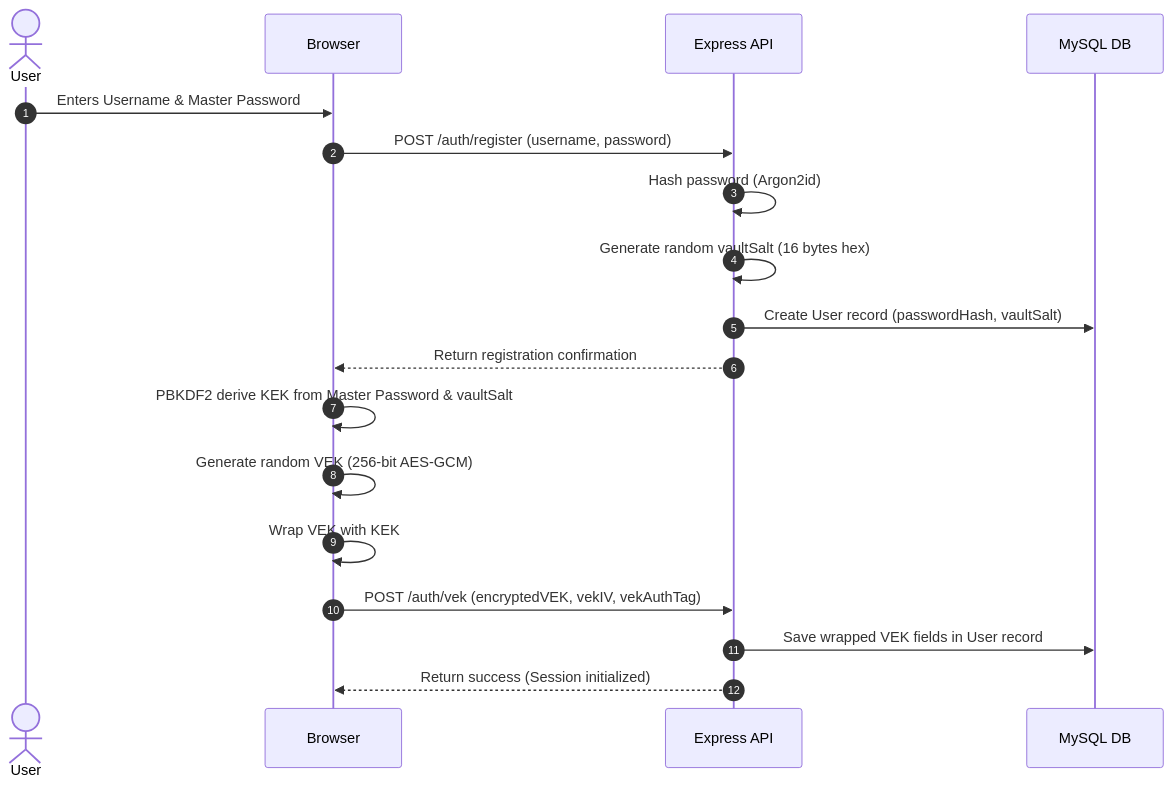
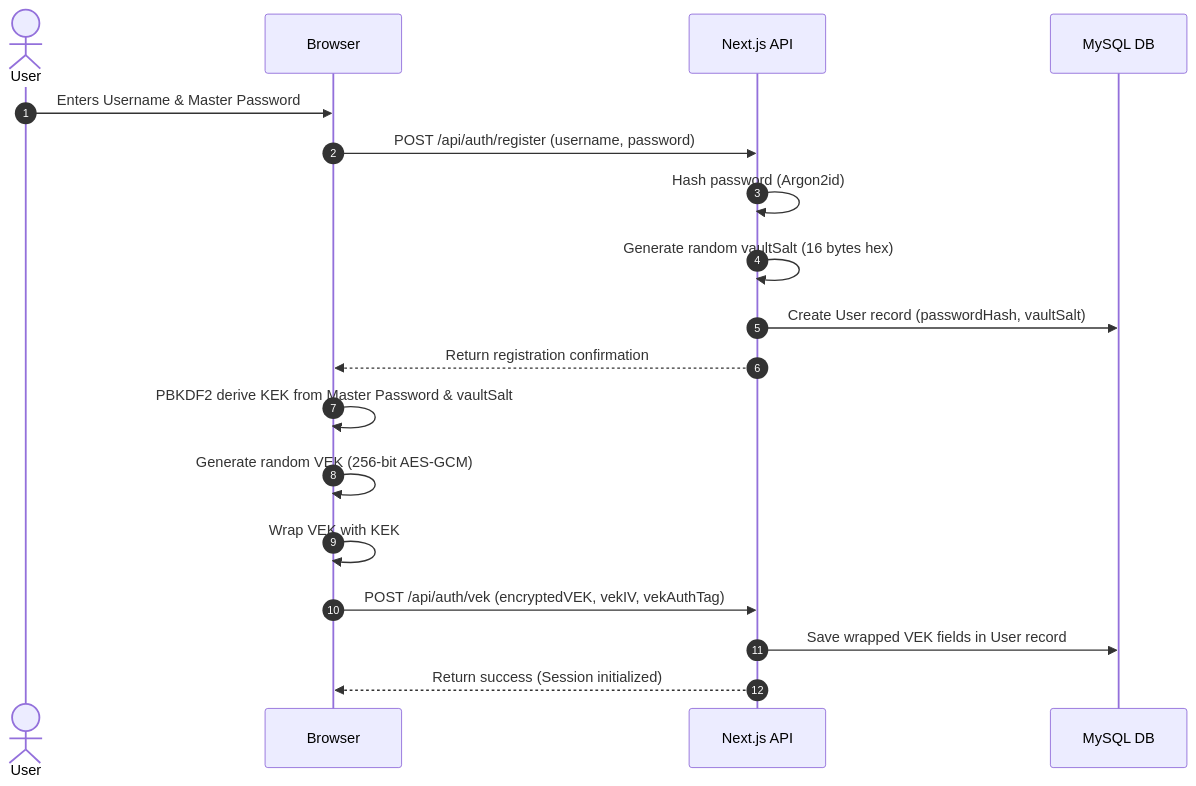
One commit to Ad1tya244/ZK-Password-Manager changed the first of 4 diagrams in ZK password manager.md. Above: the diagram before and after it, drawn with Mermaid. The commit also changed other lines of this file, not shown here.

````diff
--- a/ZK password manager.md
+++ b/ZK password manager.md
@@ -150,21 +149,21 @@
 ```mermaid
 sequenceDiagram
     autonumber
     actor User
     participant Browser
-    participant API as Express API
+    participant API as Next.js API
     participant DB as MySQL DB
 
     User->>Browser: Enters Username & Master Password
-    Browser->>API: POST /auth/register (username, password)
+    Browser->>API: POST /api/auth/register (username, password)
     API->>API: Hash password (Argon2id)
     API->>API: Generate random vaultSalt (16 bytes hex)
     API->>DB: Create User record (passwordHash, vaultSalt)
     API-->>Browser: Return registration confirmation
     Browser->>Browser: PBKDF2 derive KEK from Master Password & vaultSalt
     Browser->>Browser: Generate random VEK (256-bit AES-GCM)
     Browser->>Browser: Wrap VEK with KEK
-    Browser->>API: POST /auth/vek (encryptedVEK, vekIV, vekAuthTag)
+    Browser->>API: POST /api/auth/vek (encryptedVEK, vekIV, vekAuthTag)
     API->>DB: Save wrapped VEK fields in User record
     API-->>Browser: Return success (Session initialized)
 ```
````
